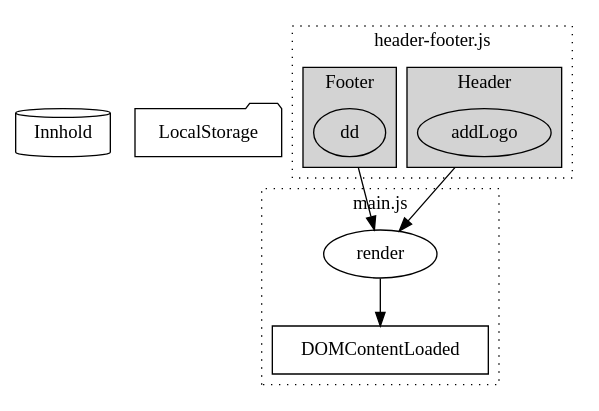
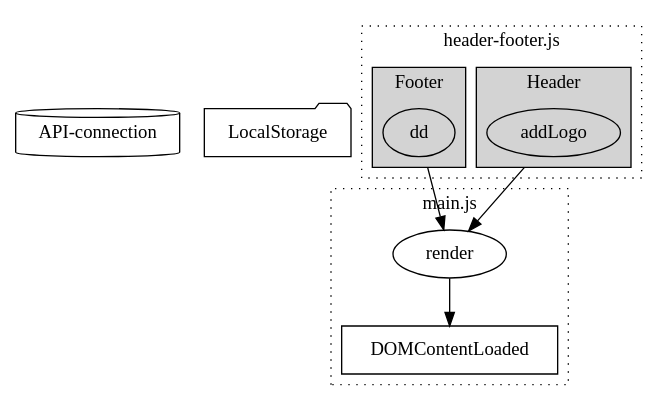
One commit to LektorDahle/javascript1-egil-dahle changed the diagram in _docs/code-model.dot. Above: the diagram before and after it, drawn with Graphviz.

```diff
--- a/_docs/code-model.dot
+++ b/_docs/code-model.dot
@@ -1,32 +1,32 @@
 digraph RanyDays {
     compound=true;
-    api [ label = "Innhold", shape= "cylinder" ];
+    api [ label = "API-connection", shape= "cylinder" ];
     localStorage [ label = "LocalStorage", shape = "folder" ];
 
     
     subgraph main{
         cluster=true;
         label = "main.js";
         style=dotted;
         render [ label = "render" ];
         DOMContentLoaded [ label = "DOMContentLoaded", shape = "rectangle" ];
     }
     subgraph headerFooter{
         cluster=true;
         label = "header-footer.js";
         style=dotted;
         subgraph Header{
             label = "Header";
             style=filled
             addLogo [ label = "addLogo" ];
         }
         subgraph Footer{
             label = "Footer";
             style=filled
          dd[ label = "dd"];
         }
     }
     addLogo -> render [ltail=Header];
     dd -> render [ltail=Footer];
     render -> DOMContentLoaded;
 }
```
